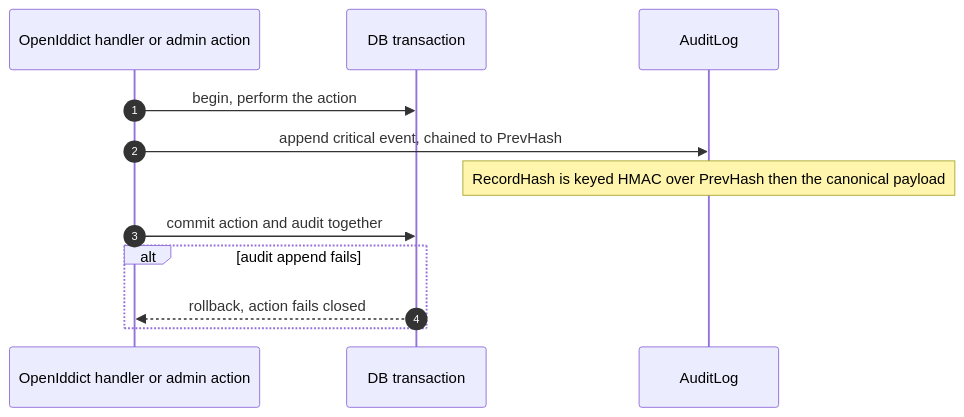
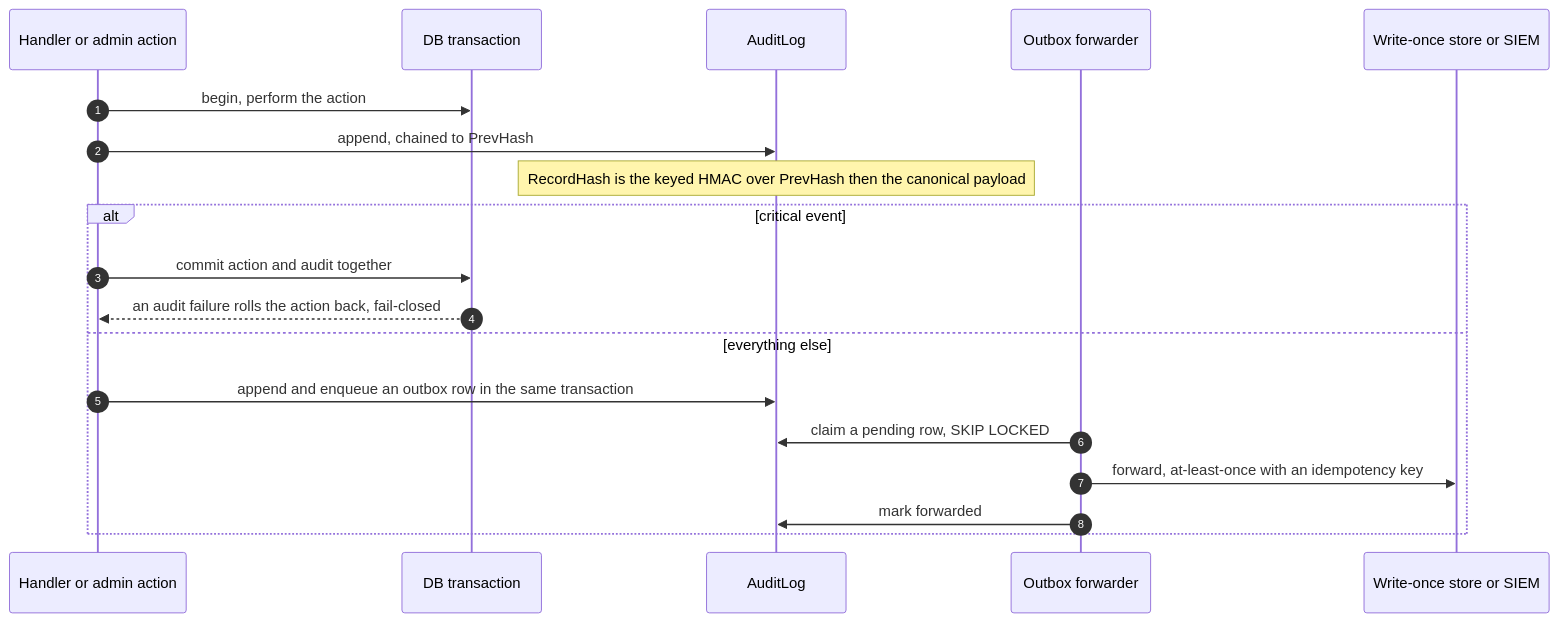
One commit to namphuongtran/nami changed the second of 4 diagrams in docs/design/03-audit.md. Above: the diagram before and after it, drawn with Mermaid. The commit also changed other lines of this file and 1 other file, not shown here.

````diff
--- a/docs/design/03-audit.md
+++ b/docs/design/03-audit.md
@@ -223,14 +227,21 @@
 ```mermaid
 sequenceDiagram
   autonumber
-  participant H as OpenIddict handler or admin action
+  participant H as Handler or admin action
   participant Tx as DB transaction
   participant AL as AuditLog
+  participant R as Outbox forwarder
+  participant W as Write-once store or SIEM
   H->>Tx: begin, perform the action
-  H->>AL: append critical event, chained to PrevHash
-  Note over AL: RecordHash is keyed HMAC over PrevHash then the canonical payload
-  H->>Tx: commit action and audit together
-  alt audit append fails
-    Tx-->>H: rollback, action fails closed
+  H->>AL: append, chained to PrevHash
+  Note over AL: RecordHash is the keyed HMAC over PrevHash then the canonical payload
+  alt critical event
+    H->>Tx: commit action and audit together
+    Tx-->>H: an audit failure rolls the action back, fail-closed
+  else everything else
+    H->>AL: append and enqueue an outbox row in the same transaction
+    R->>AL: claim a pending row, SKIP LOCKED
+    R->>W: forward, at-least-once with an idempotency key
+    R->>AL: mark forwarded
   end
 ```
````
